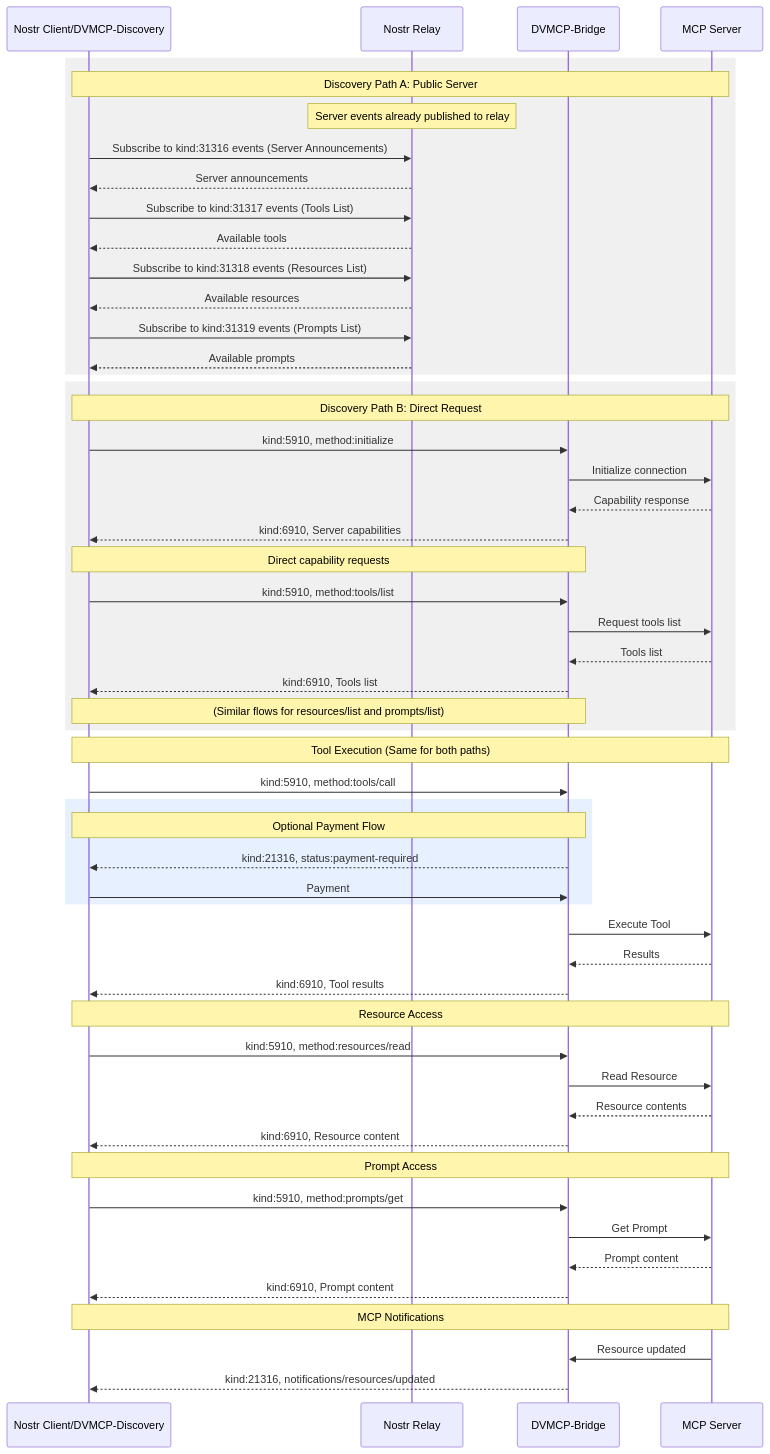
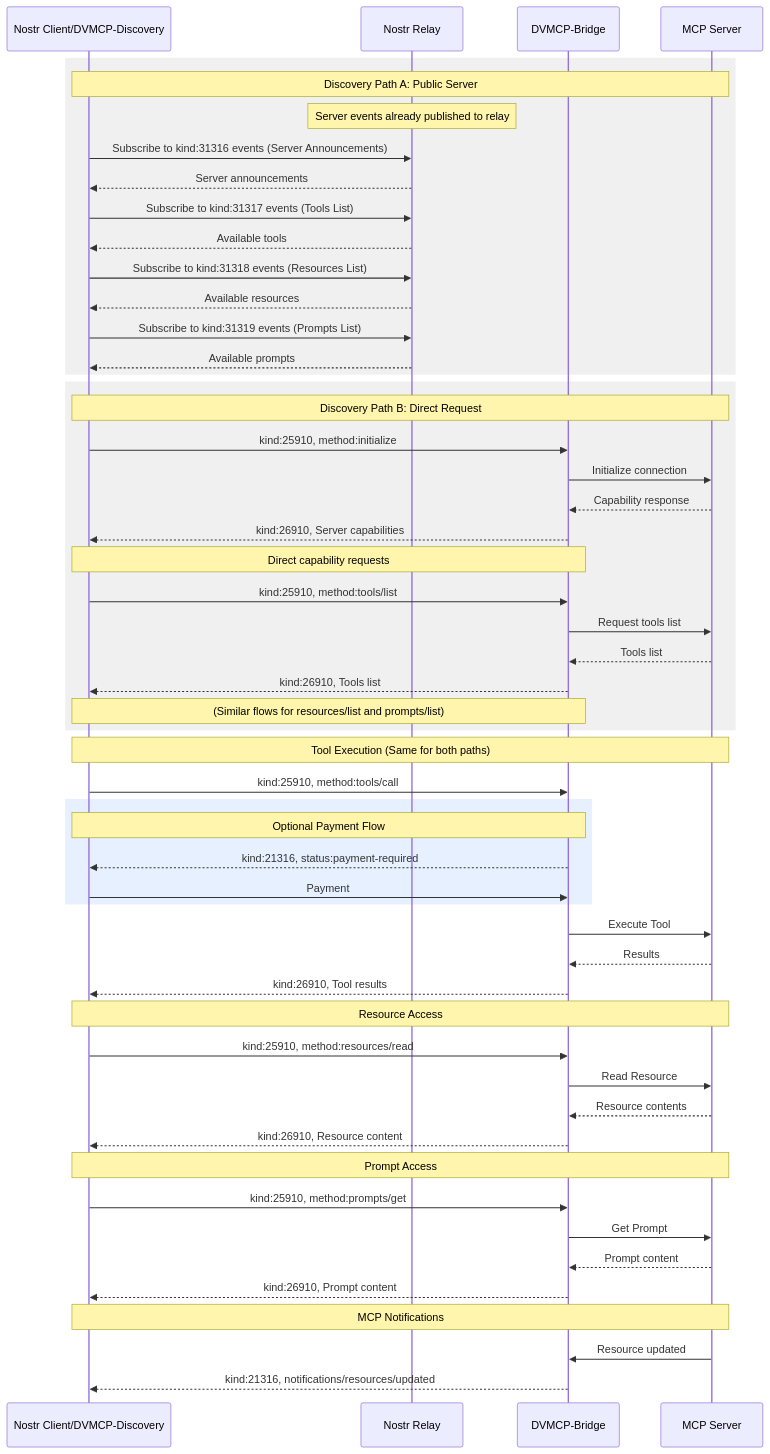
One commit to gzuuus/dvmcp changed the diagram in docs/dvmcp-spec-2025-03-26.md. Above: the diagram before and after it, drawn with Mermaid. The commit also changed other lines of this file, not shown here.

````diff
--- a/docs/dvmcp-spec-2025-03-26.md
+++ b/docs/dvmcp-spec-2025-03-26.md
@@ -752,66 +757,66 @@
 ```mermaid
 sequenceDiagram
     participant Client as Nostr Client/DVMCP-Discovery
     participant Relay as Nostr Relay
     participant DVM as DVMCP-Bridge
     participant Server as MCP Server
 
     rect rgb(240, 240, 240)
         Note over Client,Server: Discovery Path A: Public Server
         Note over Relay: Server events already published to relay
         
         Client->>Relay: Subscribe to kind:31316 events (Server Announcements)
         Relay-->>Client: Server announcements
         Client->>Relay: Subscribe to kind:31317 events (Tools List)
         Relay-->>Client: Available tools
         Client->>Relay: Subscribe to kind:31318 events (Resources List)
         Relay-->>Client: Available resources
         Client->>Relay: Subscribe to kind:31319 events (Prompts List)
         Relay-->>Client: Available prompts
     end
 
     rect rgb(240, 240, 240)
         Note over Client,Server: Discovery Path B: Direct Request
-        Client->>DVM: kind:5910, method:initialize
+        Client->>DVM: kind:25910, method:initialize
         DVM->>Server: Initialize connection
         Server-->>DVM: Capability response
-        DVM-->>Client: kind:6910, Server capabilities
+        DVM-->>Client: kind:26910, Server capabilities
         
         Note over Client,DVM: Direct capability requests
-        Client->>DVM: kind:5910, method:tools/list
+        Client->>DVM: kind:25910, method:tools/list
         DVM->>Server: Request tools list
         Server-->>DVM: Tools list
-        DVM-->>Client: kind:6910, Tools list
+        DVM-->>Client: kind:26910, Tools list
         
         Note over Client,DVM: (Similar flows for resources/list and prompts/list)
     end
 
     Note over Client,Server: Tool Execution (Same for both paths)
-    Client->>DVM: kind:5910, method:tools/call
+    Client->>DVM: kind:25910, method:tools/call
     
     rect rgb(230, 240, 255)
         Note over Client,DVM: Optional Payment Flow
         DVM-->>Client: kind:21316, status:payment-required
         Client->>DVM: Payment
     end
     
     DVM->>Server: Execute Tool
     Server-->>DVM: Results
-    DVM-->>Client: kind:6910, Tool results
+    DVM-->>Client: kind:26910, Tool results
 
     Note over Client,Server: Resource Access
-    Client->>DVM: kind:5910, method:resources/read
+    Client->>DVM: kind:25910, method:resources/read
     DVM->>Server: Read Resource
     Server-->>DVM: Resource contents
-    DVM-->>Client: kind:6910, Resource content
+    DVM-->>Client: kind:26910, Resource content
 
     Note over Client,Server: Prompt Access
-    Client->>DVM: kind:5910, method:prompts/get
+    Client->>DVM: kind:25910, method:prompts/get
     DVM->>Server: Get Prompt
     Server-->>DVM: Prompt content
-    DVM-->>Client: kind:6910, Prompt content
+    DVM-->>Client: kind:26910, Prompt content
 
     Note over Client,Server: MCP Notifications
     Server->>DVM: Resource updated
     DVM-->>Client: kind:21316, notifications/resources/updated
 ```
````
